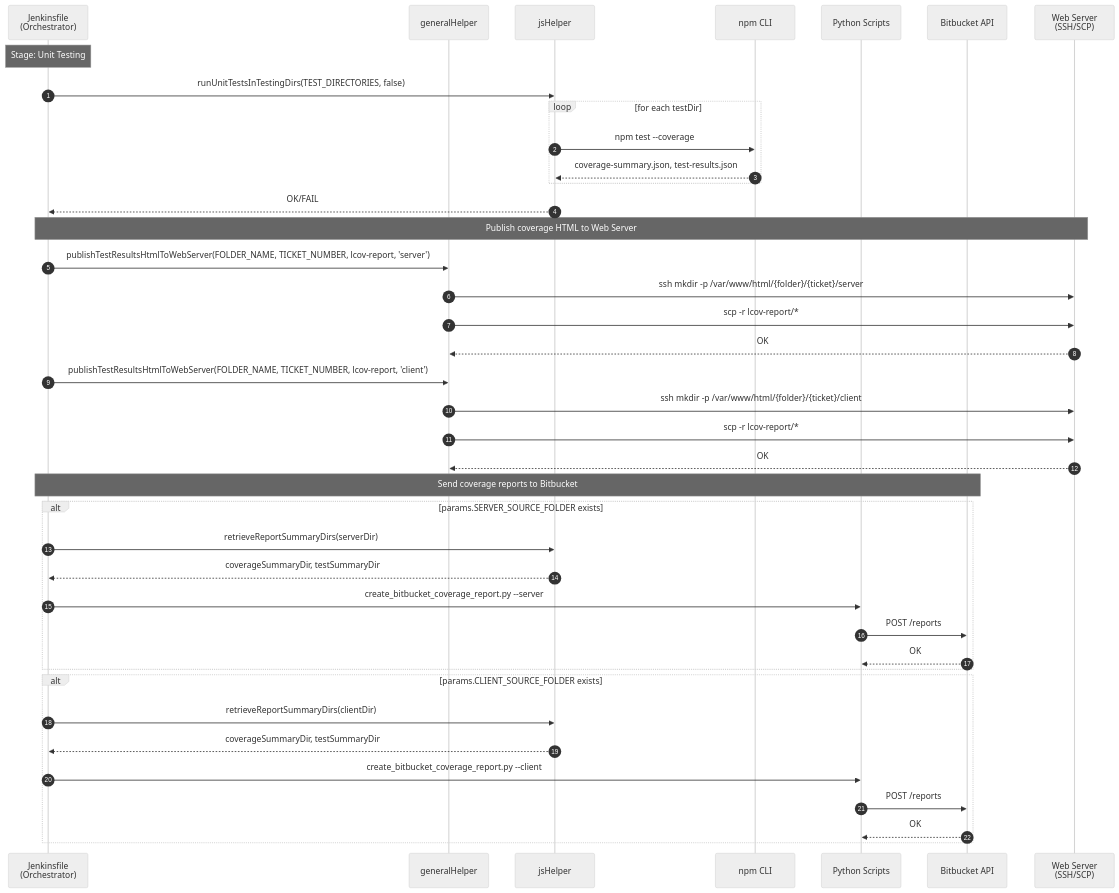
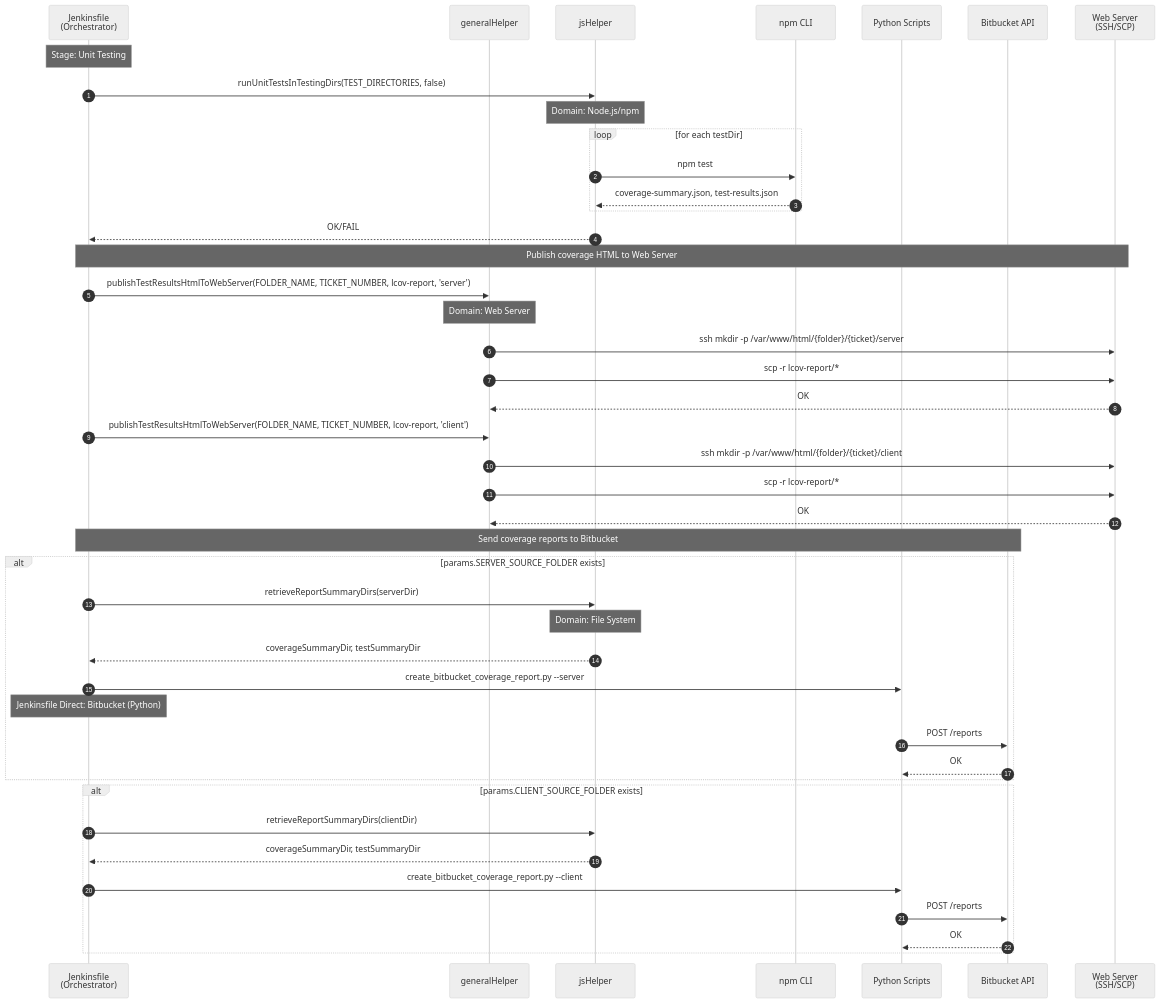
Before and after one commit to JindoKimKor/Self-Binnacle: the fifth of 7 diagrams in Voyages/Projects/VARLab-work-transfer/portfolios/devops-jenkins-linux/4-layer-architecture-and-logger-system-integration/problem-analysis/pipeline-sequence-diagrams/js-ci.md, drawn with Mermaid (neutral theme). The commit also changed other lines of this file and 55 other files, not shown here.

First line of the commit message:
refactor(4-layer-architecture): Standardize analysis document naming and format

````diff
--- a/Voyages/Projects/VARLab-work-transfer/portfolios/devops-jenkins-linux/4-layer-architecture-and-logger-system-integration/problem-analysis/pipeline-sequence-diagrams/js-ci.md
+++ b/Voyages/Projects/VARLab-work-transfer/portfolios/devops-jenkins-linux/4-layer-architecture-and-logger-system-integration/problem-analysis/pipeline-sequence-diagrams/js-ci.md
@@ -187,49 +208,53 @@
 ```mermaid
 sequenceDiagram
     autonumber
 
     participant JF as Jenkinsfile<br/>(Orchestrator)
     participant GH as generalHelper
     participant JSH as jsHelper
     participant NPM as npm CLI
     participant Python as Python Scripts
     participant BB as Bitbucket API
     participant WS as Web Server<br/>(SSH/SCP)
 
     Note over JF: Stage: Unit Testing
 
     JF->>JSH: runUnitTestsInTestingDirs(TEST_DIRECTORIES, false)
+    Note over JSH: Domain: Node.js/npm
     loop for each testDir
-        JSH->>NPM: npm test --coverage
+        JSH->>NPM: npm test
         NPM-->>JSH: coverage-summary.json, test-results.json
     end
     JSH-->>JF: OK/FAIL
 
     Note over JF,WS: Publish coverage HTML to Web Server
     JF->>GH: publishTestResultsHtmlToWebServer(FOLDER_NAME, TICKET_NUMBER, lcov-report, 'server')
+    Note over GH: Domain: Web Server
     GH->>WS: ssh mkdir -p /var/www/html/{folder}/{ticket}/server
     GH->>WS: scp -r lcov-report/*
     WS-->>GH: OK
 
     JF->>GH: publishTestResultsHtmlToWebServer(FOLDER_NAME, TICKET_NUMBER, lcov-report, 'client')
     GH->>WS: ssh mkdir -p /var/www/html/{folder}/{ticket}/client
     GH->>WS: scp -r lcov-report/*
     WS-->>GH: OK
 
     Note over JF,BB: Send coverage reports to Bitbucket
     alt params.SERVER_SOURCE_FOLDER exists
         JF->>JSH: retrieveReportSummaryDirs(serverDir)
+        Note over JSH: Domain: File System
         JSH-->>JF: coverageSummaryDir, testSummaryDir
         JF->>Python: create_bitbucket_coverage_report.py --server
+        Note over JF: Jenkinsfile Direct: Bitbucket (Python)
         Python->>BB: POST /reports
         BB-->>Python: OK
     end
 
     alt params.CLIENT_SOURCE_FOLDER exists
         JF->>JSH: retrieveReportSummaryDirs(clientDir)
         JSH-->>JF: coverageSummaryDir, testSummaryDir
         JF->>Python: create_bitbucket_coverage_report.py --client
         Python->>BB: POST /reports
         BB-->>Python: OK
     end
 ```
````
